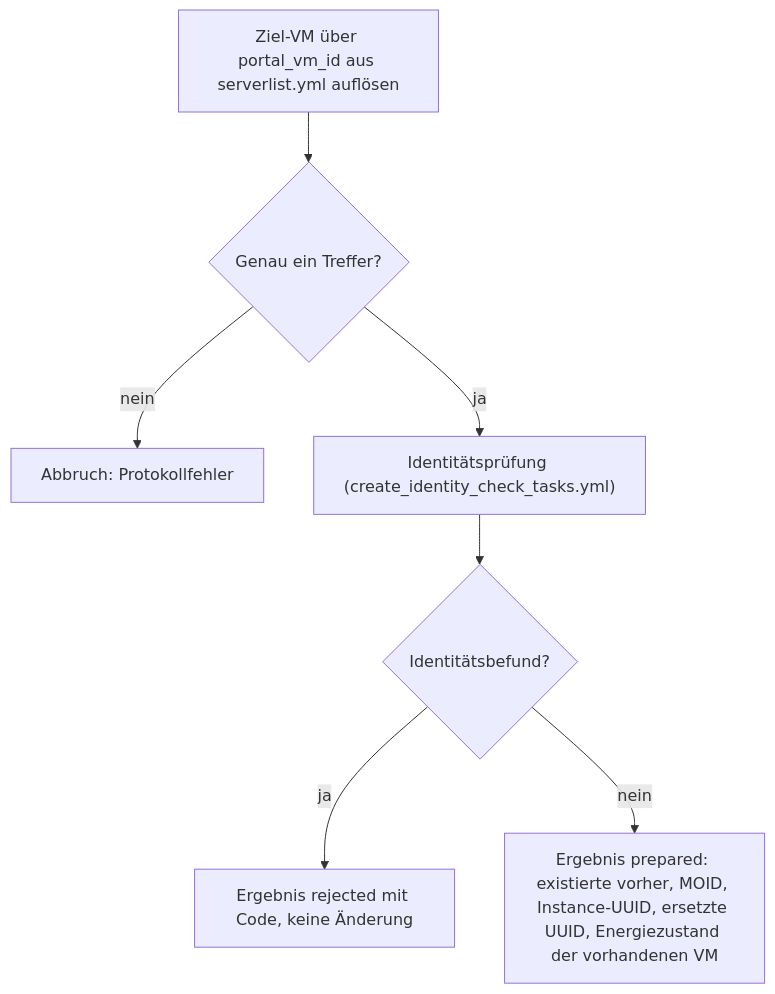
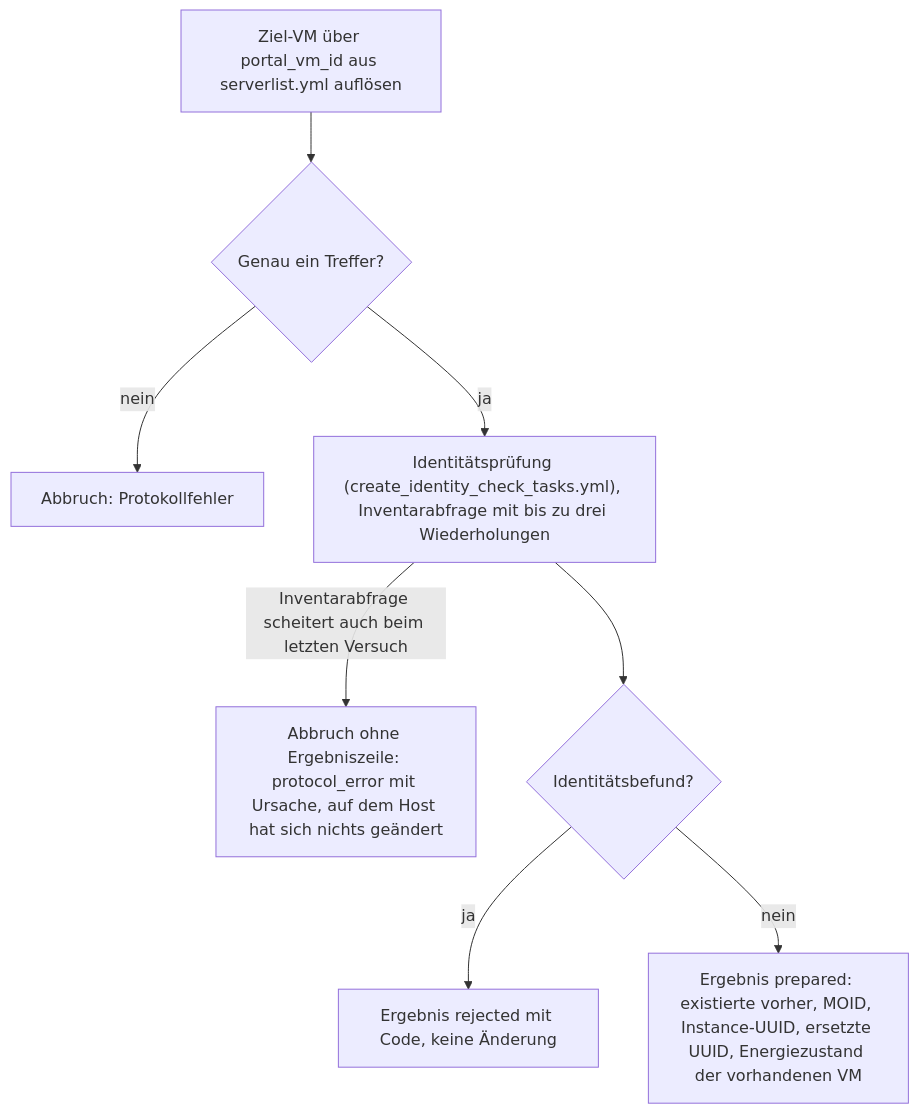
Before and after one commit to Samy94M/VirtuSphere-v2-WebApp: the eighth of 18 diagrams in docs/operations/deploy-flows.md, drawn with Mermaid. The commit also changed other lines of this file and 48 other files, not shown here.

````diff
--- a/docs/operations/deploy-flows.md
+++ b/docs/operations/deploy-flows.md
@@ -348,9 +348,10 @@
 ```mermaid
 flowchart TD
   A["Ziel-VM über portal_vm_id aus serverlist.yml auflösen"] --> B{"Genau ein Treffer?"}
   B -->|nein| BX["Abbruch: Protokollfehler"]
-  B -->|ja| C["Identitätsprüfung (create_identity_check_tasks.yml)"]
+  B -->|ja| C["Identitätsprüfung (create_identity_check_tasks.yml), Inventarabfrage mit bis zu drei Wiederholungen"]
+  C -->|Inventarabfrage scheitert auch beim letzten Versuch| CX["Abbruch ohne Ergebniszeile: protocol_error mit Ursache, auf dem Host hat sich nichts geändert"]
   C --> D{"Identitätsbefund?"}
   D -->|ja| DR["Ergebnis rejected mit Code, keine Änderung"]
   D -->|nein| DP["Ergebnis prepared: existierte vorher, MOID, Instance-UUID, ersetzte UUID, Energiezustand der vorhandenen VM"]
 ```
````
